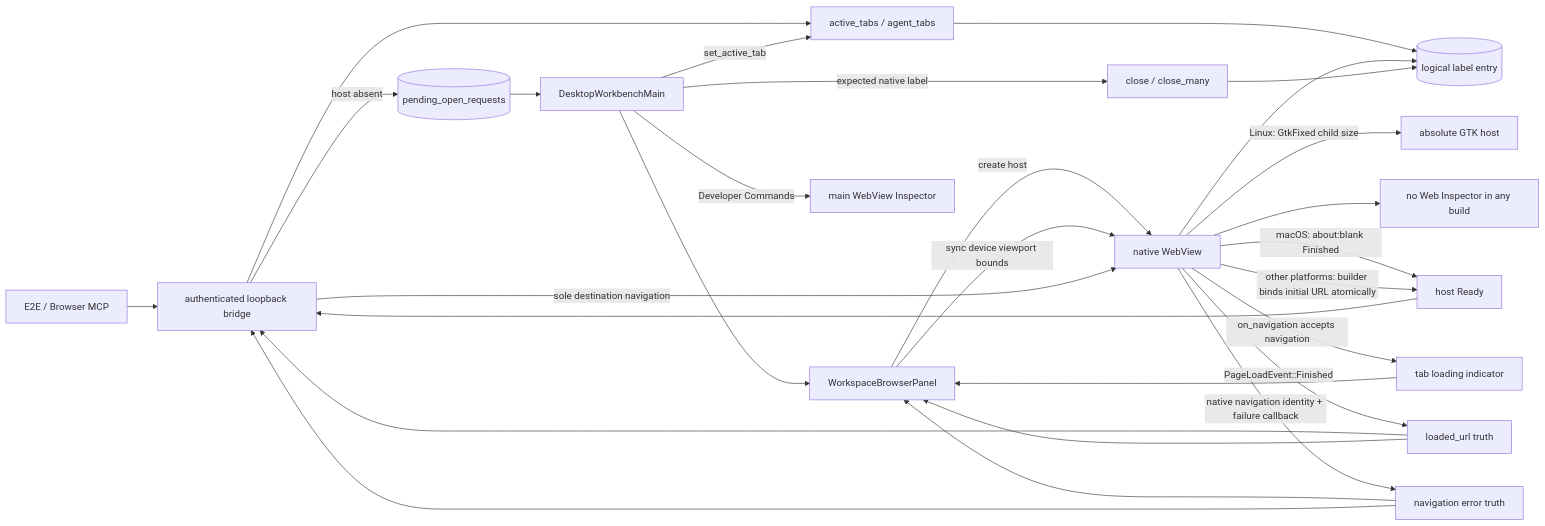
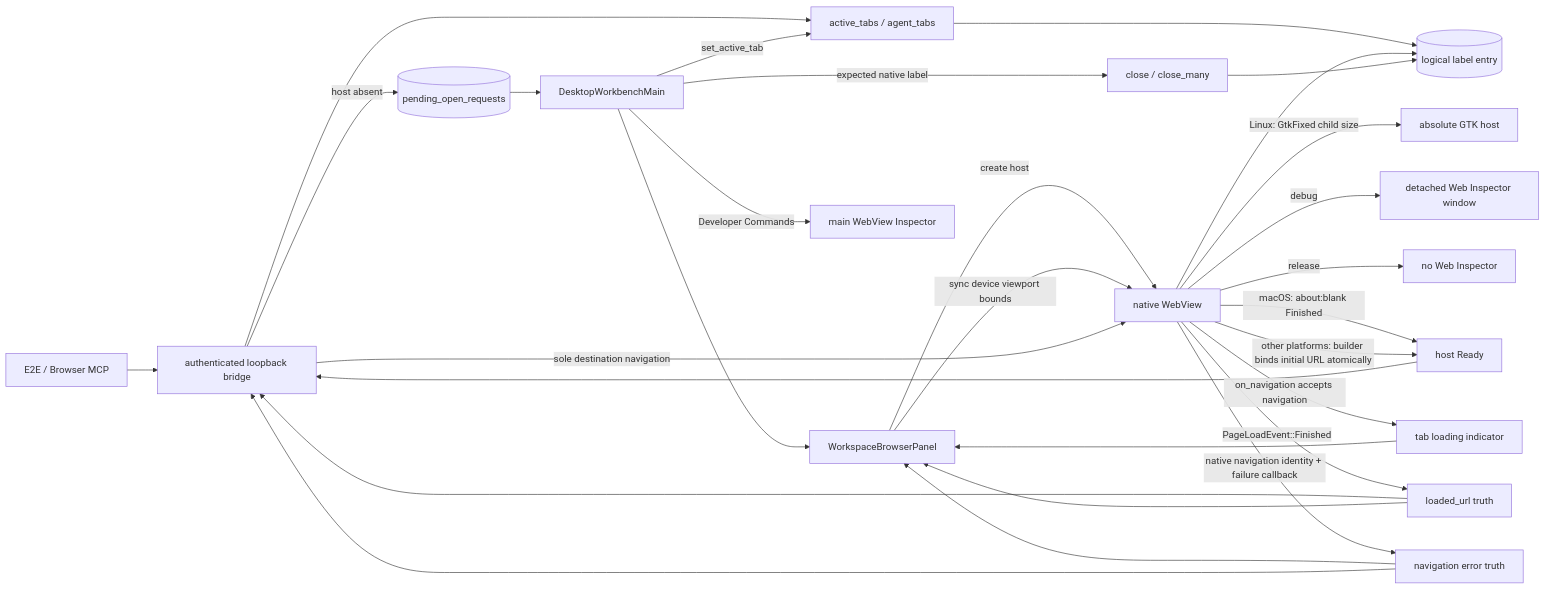
The first of 2 diagrams in docs/en/architecture/embedded-browser.md (wecode-ai/Wegent), drawn with Mermaid before and after one commit. The commit also changed other lines of this file and 14 other files, not shown here.

````diff
--- a/docs/en/architecture/embedded-browser.md
+++ b/docs/en/architecture/embedded-browser.md
@@ -9,30 +9,31 @@
 ```mermaid
 flowchart LR
     CALLER[E2E / Browser MCP] --> BRIDGE[authenticated loopback bridge]
     BRIDGE --> ROUTE[active_tabs / agent_tabs]
     ROUTE --> ENTRY[(logical label entry)]
     BRIDGE -->|host absent| PENDING[(pending_open_requests)]
     PENDING --> MAIN[DesktopWorkbenchMain]
     MAIN --> PANEL[WorkspaceBrowserPanel]
     PANEL -->|create host| WEBVIEW[native WebView]
     PANEL -->|sync device viewport bounds| WEBVIEW
     WEBVIEW -->|Linux: GtkFixed child size| LINUX_HOST[absolute GTK host]
     WEBVIEW --> ENTRY
-    WEBVIEW --> NOINSPECTOR[no Web Inspector in any build]
+    WEBVIEW -->|debug| DETACHED_INSPECTOR[detached Web Inspector window]
+    WEBVIEW -->|release| NOINSPECTOR[no Web Inspector]
     MAIN -->|Developer Commands| MAIN_INSPECTOR[main WebView Inspector]
     WEBVIEW -->|macOS: about:blank Finished| READY[host Ready]
     WEBVIEW -->|other platforms: builder binds initial URL atomically| READY
     READY --> BRIDGE
     BRIDGE -->|sole destination navigation| WEBVIEW
     WEBVIEW -->|on_navigation accepts navigation| LOADING[tab loading indicator]
     LOADING --> PANEL
     WEBVIEW -->|PageLoadEvent::Finished| LOADED[loaded_url truth]
     WEBVIEW -->|native navigation identity + failure callback| FAILED[navigation error truth]
     LOADED --> BRIDGE
     LOADED --> PANEL
     FAILED --> PANEL
     FAILED --> BRIDGE
     MAIN -->|set_active_tab| ROUTE
     MAIN -->|expected native label| CLOSE[close / close_many]
     CLOSE --> ENTRY
 ```
````
